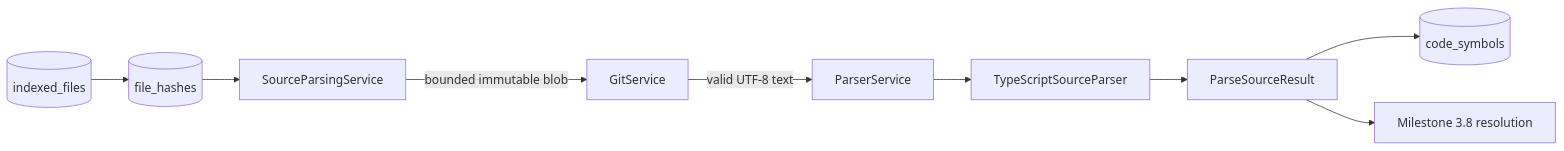
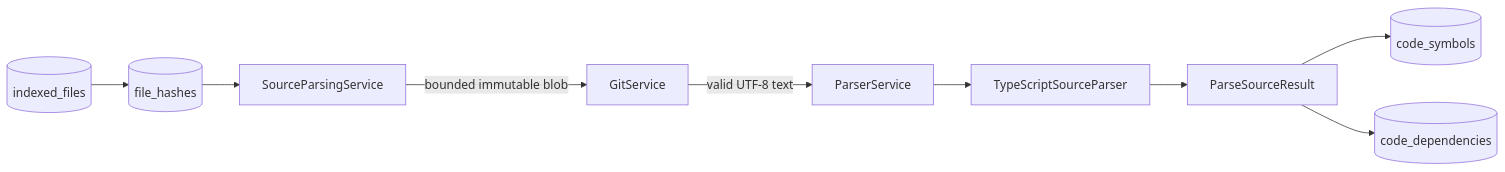
Before and after one commit to Pradeep1816/codemind-api: the diagram in docs/02-core-modules/parser.md, drawn with Mermaid. The commit also changed other lines of this file and 22 other files, not shown here.

First line of the commit message:
feat(indexing): build versioned code dependency graph

````diff
--- a/docs/02-core-modules/parser.md
+++ b/docs/02-core-modules/parser.md
@@ -42,11 +43,11 @@
 ```mermaid
 flowchart LR
     File[(indexed_files)] --> Version[(file_hashes)]
     Version --> Bridge[SourceParsingService]
     Bridge -->|bounded immutable blob| Git[GitService]
     Git -->|valid UTF-8 text| Router[ParserService]
     Router --> TS[TypeScriptSourceParser]
     TS --> Result[ParseSourceResult]
     Result --> Symbols[(code_symbols)]
-    Result --> Dependencies[Milestone 3.8 resolution]
+    Result --> Dependencies[(code_dependencies)]
 ```
````
